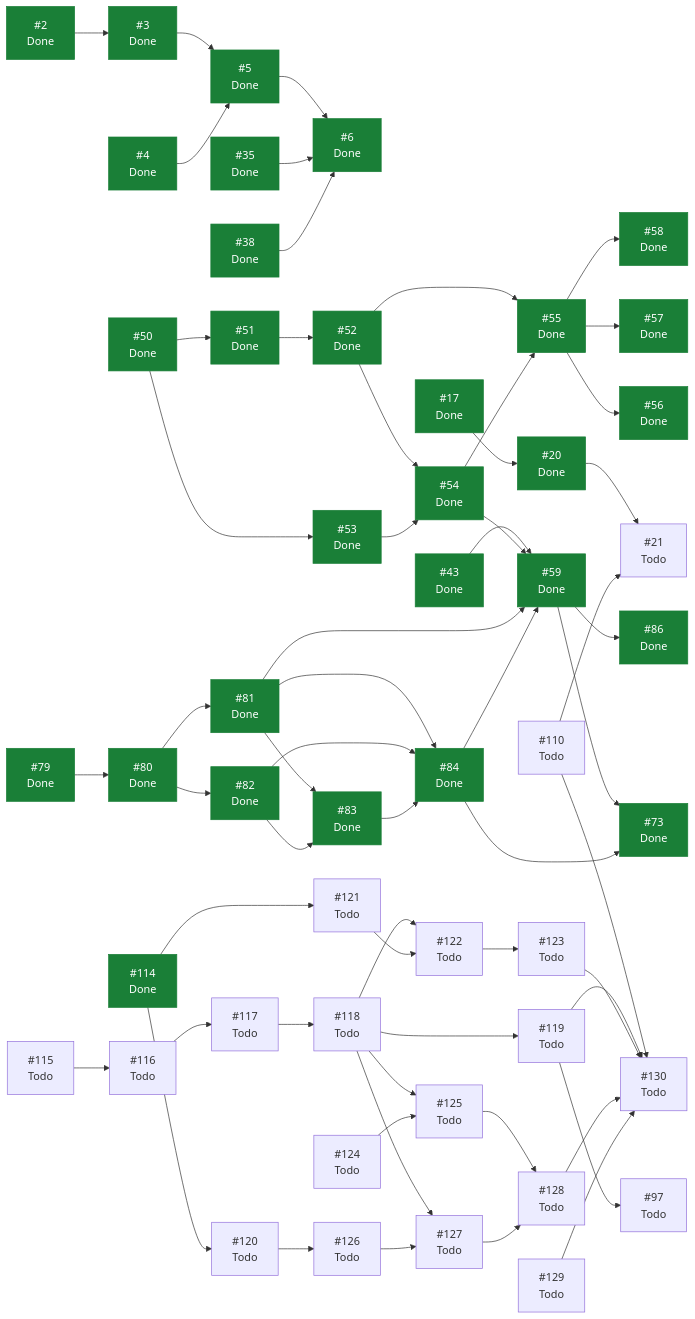
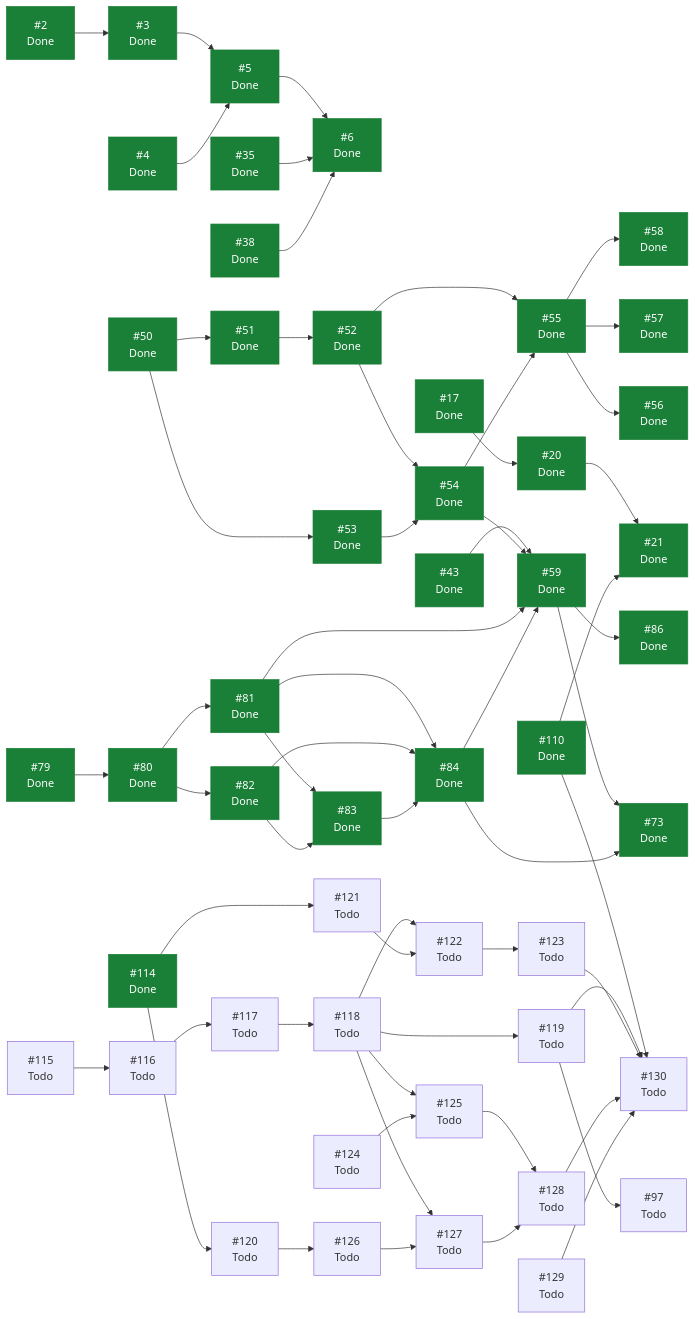
The diagram in docs/planning/STATUS.md (ecamp0s/evault), drawn with Mermaid before and after one commit. The commit also changed other lines of this file, not shown here.

````diff
--- a/docs/planning/STATUS.md
+++ b/docs/planning/STATUS.md
@@ -143,7 +144,7 @@
   I6["#6<br/>Done"]
   I17["#17<br/>Done"]
   I20["#20<br/>Done"]
-  I21["#21<br/>Todo"]
+  I21["#21<br/>Done"]
   I35["#35<br/>Done"]
   I38["#38<br/>Done"]
   I43["#43<br/>Done"]
@@ -166,7 +167,7 @@
   I84["#84<br/>Done"]
   I86["#86<br/>Done"]
   I97["#97<br/>Todo"]
-  I110["#110<br/>Todo"]
+  I110["#110<br/>Done"]
   I114["#114<br/>Done"]
   I115["#115<br/>Todo"]
   I116["#116<br/>Todo"]
@@ -241,5 +242,5 @@
   I128 --> I130
   I129 --> I130
   classDef hecho fill:#1a7f37,stroke:#1a7f37,color:#fff;
-  class I2,I3,I4,I5,I6,I17,I20,I35,I38,I43,I50,I51,I52,I53,I54,I55,I56,I57,I58,I59,I73,I79,I80,I81,I82,I83,I84,I86,I114 hecho;
+  class I2,I3,I4,I5,I6,I17,I20,I21,I35,I38,I43,I50,I51,I52,I53,I54,I55,I56,I57,I58,I59,I73,I79,I80,I81,I82,I83,I84,I86,I110,I114 hecho;
 ```
````
